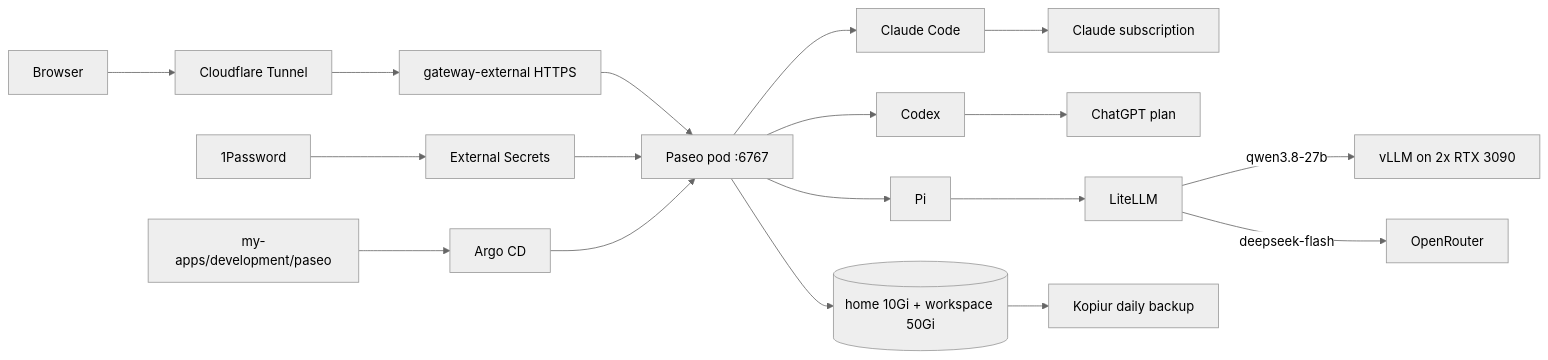
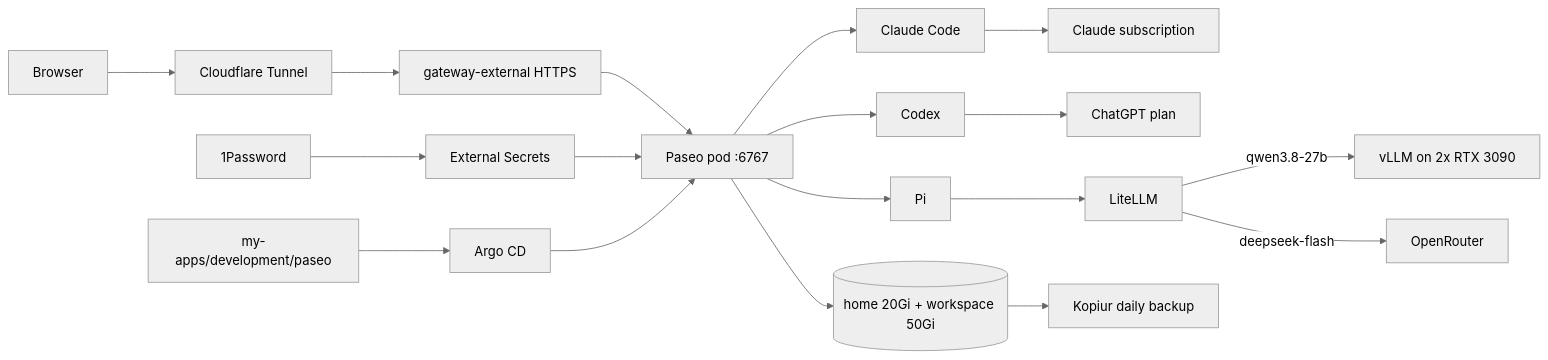
The diagram in docs/domains/ai-gpu/paseo.md (mitchross/talos-argocd-proxmox), drawn with Mermaid (neutral theme) before and after one commit. The commit also changed 1 other file, not shown here.

Commit message:
feat(paseo): grow paseo-home to 20Gi
Home holds logins, speech models, tool caches, and the Mink vault clone;
about 3 GiB now, growing with caches and Mink's binary db history.

````diff
--- a/docs/domains/ai-gpu/paseo.md
+++ b/docs/domains/ai-gpu/paseo.md
@@ -13,12 +13,12 @@
 ```mermaid
 flowchart LR
     Browser --> CF[Cloudflare Tunnel] --> GW[gateway-external HTTPS] --> Paseo[Paseo pod :6767]
     Vault[1Password] --> ESO[External Secrets] --> Paseo
     Git[my-apps/development/paseo] --> Argo[Argo CD] --> Paseo
     Paseo --> Claude[Claude Code] --> Anthropic[Claude subscription]
     Paseo --> Codex[Codex] --> OpenAI[ChatGPT plan]
     Paseo --> Pi[Pi] --> LiteLLM
     LiteLLM -->|qwen3.8-27b| vLLM[vLLM on 2x RTX 3090]
     LiteLLM -->|deepseek-flash| OR[OpenRouter]
-    Paseo --> Vols[(home 10Gi + workspace 50Gi)] --> Kopiur[Kopiur daily backup]
+    Paseo --> Vols[(home 20Gi + workspace 50Gi)] --> Kopiur[Kopiur daily backup]
 ```
````
